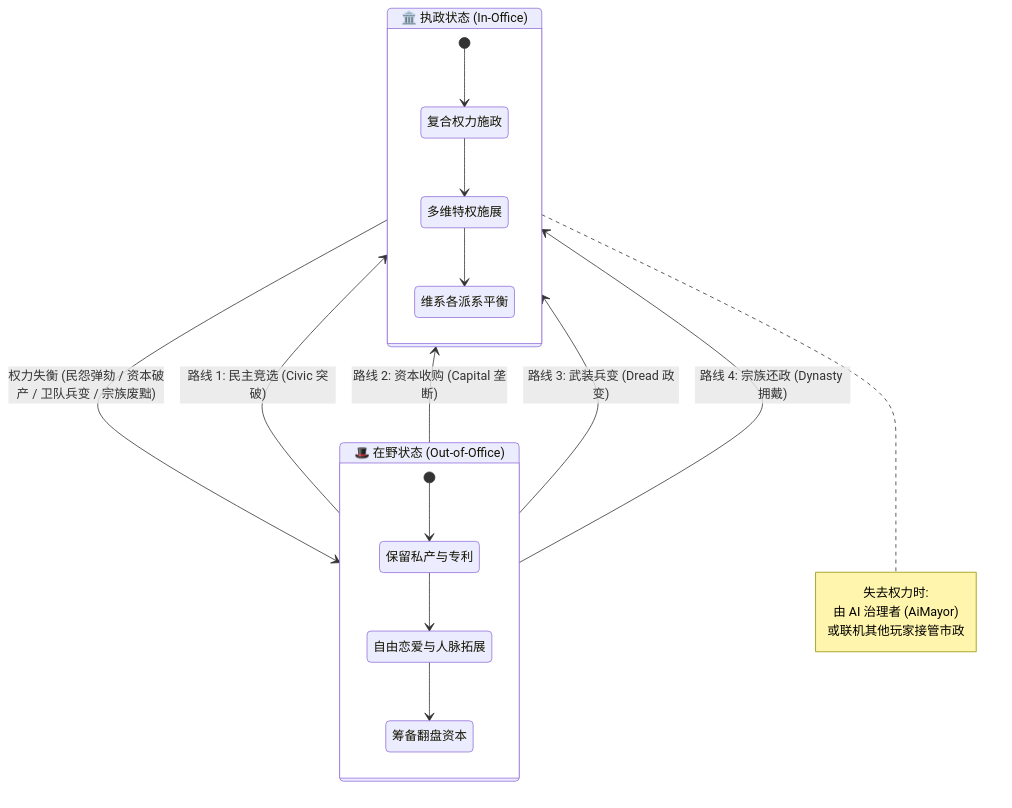
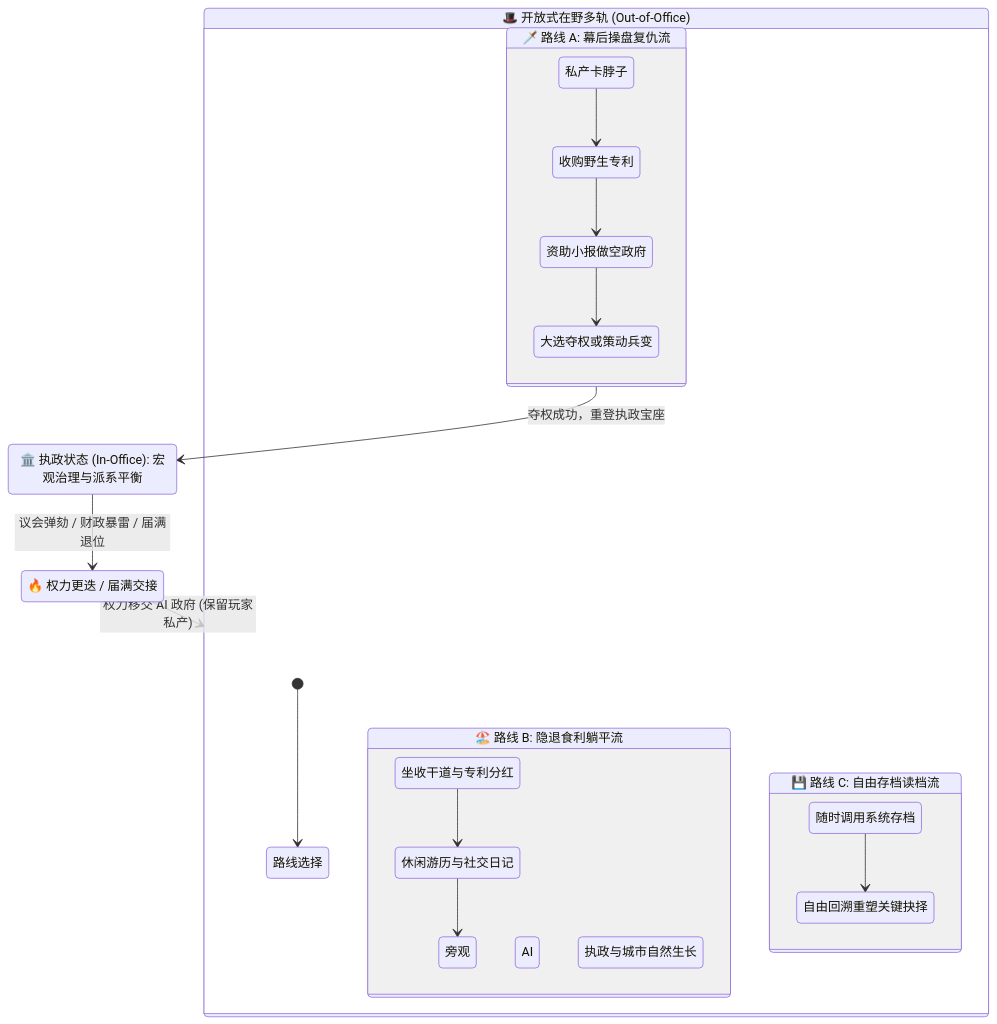
One commit to g39088902/FlowAndAccord changed the sixth of 9 diagrams in PLAN.md. Above: the diagram before and after it, drawn with Mermaid. The commit also changed other lines of this file and 16 other files, not shown here.

````diff
--- a/PLAN.md
+++ b/PLAN.md
@@ -206,27 +246,25 @@
 ```mermaid
 stateDiagram-v2
-    state "🏛️ 执政状态 (In-Office)" as InOffice {
-        [*] --> 复合权力施政
-        复合权力施政 --> 多维特权施展
-        多维特权施展 --> 维系各派系平衡
+    state "🏛️ 执政状态 (In-Office): 宏观治理与派系平衡" as InOffice
+    state "🔥 权力更迭 / 届满交接" as Crisis
+    
+    state "🎩 开放式在野多轨 (Out-of-Office)" as OutOfOffice {
+        [*] --> 路线选择
+        state "🗡️ 路线 A: 幕后操盘复仇流" as Revenge {
+            私产卡脖子 --> 收购野生专利
+            收购野生专利 --> 资助小报做空政府
+            资助小报做空政府 --> 大选夺权或策动兵变
+        }
+        state "🏖️ 路线 B: 隐退食利躺平流" as Landlord {
+            坐收干道与专利分红 --> 休闲游历与社交日记
+            休闲游历与社交日记 --> 旁观 AI 执政与城市自然生长
+        }
+        state "💾 路线 C: 自由存档读档流" as SL {
+            随时调用系统存档 --> 自由回溯重塑关键抉择
+        }
     }
 
-    state "🎩 在野状态 (Out-of-Office)" as OutOfOffice {
-        [*] --> 保留私产与专利
-        保留私产与专利 --> 自由恋爱与人脉拓展
-        自由恋爱与人脉拓展 --> 筹备翻盘资本
-    }
-
-    InOffice --> OutOfOffice: 权力失衡 (民怨弹劾 / 资本破产 / 卫队兵变 / 宗族废黜)
-    
-    note right of InOffice
-        失去权力时:
-        由 AI 治理者 (AiMayor)
-        或联机其他玩家接管市政
-    end note
-
-    OutOfOffice --> InOffice: 路线 1: 民主竞选 (Civic 突破)
-    OutOfOffice --> InOffice: 路线 2: 资本收购 (Capital 垄断)
-    OutOfOffice --> InOffice: 路线 3: 武装兵变 (Dread 政变)
-    OutOfOffice --> InOffice: 路线 4: 宗族还政 (Dynasty 拥戴)
+    InOffice --> Crisis: 议会弹劾 / 财政暴雷 / 届满退位
+    Crisis --> OutOfOffice: 权力移交 AI 政府 (保留玩家私产)
+    Revenge --> InOffice: 夺权成功，重登执政宝座
 ```
````
